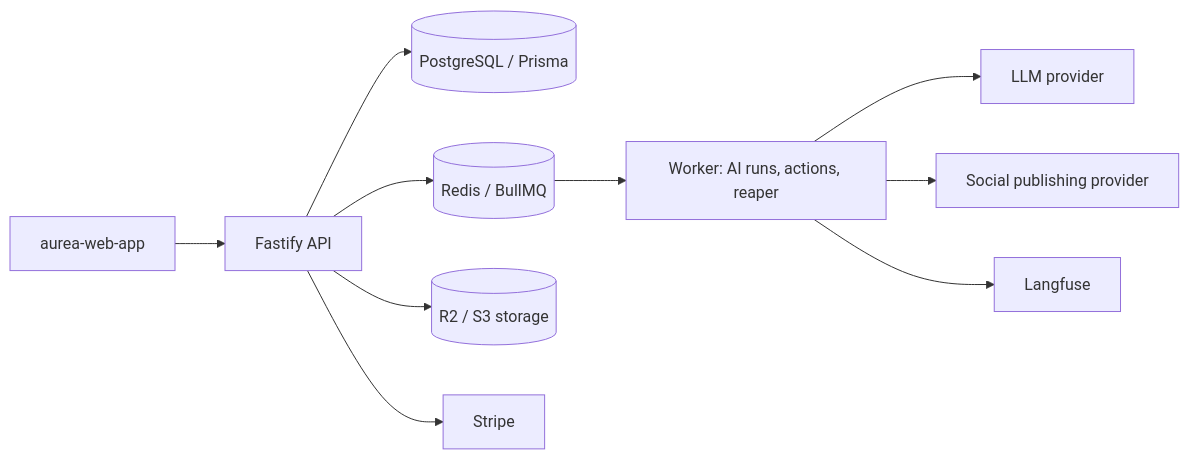
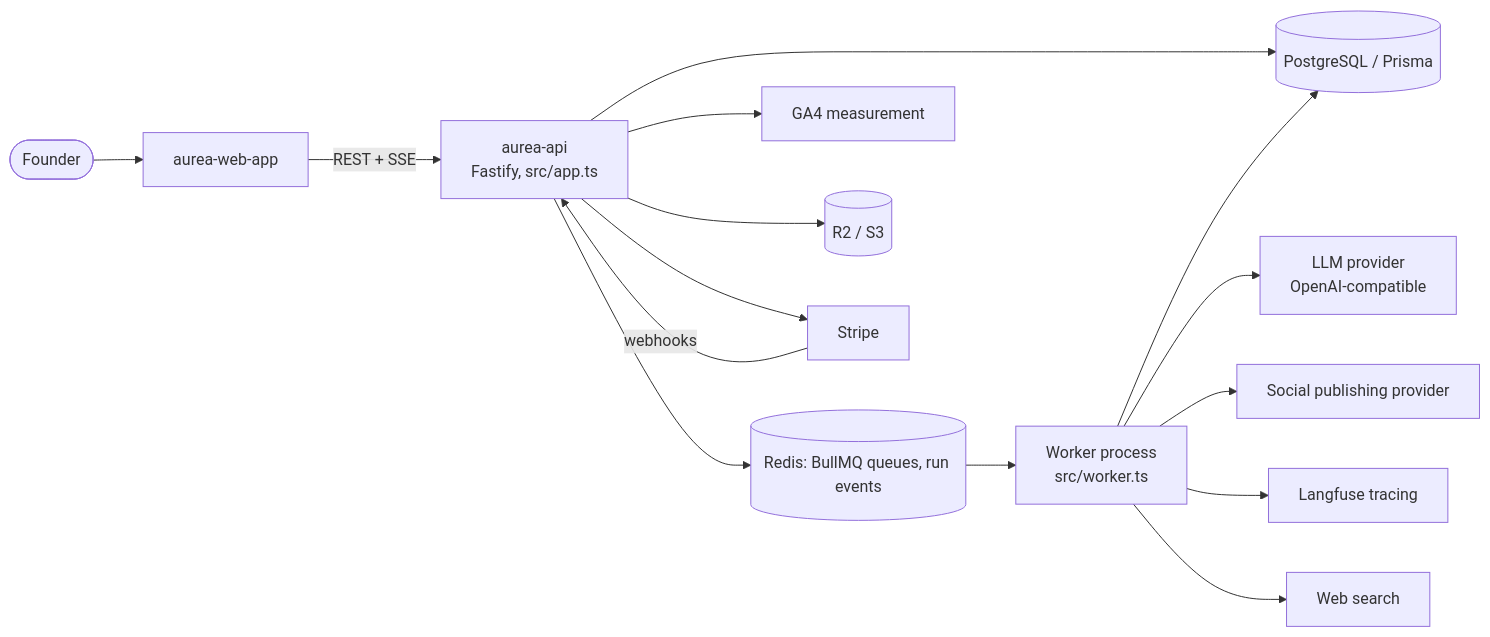
Before and after one commit to mkwitko/aurea-api: the first of 4 diagrams in README.md, drawn with Mermaid. The commit also changed other lines of this file, not shown here.

Commit message:
docs: add system context, layer, paid-run flow and data model diagrams to README

````diff
--- a/README.md
+++ b/README.md
@@ -18,12 +20,17 @@
 ```mermaid
 flowchart LR
-  Web[aurea-web-app] --> API[Fastify API]
+  Founder([Founder]) --> Web[aurea-web-app]
+  Web -->|REST + SSE| API[aurea-api<br/>Fastify, src/app.ts]
   API --> PG[(PostgreSQL / Prisma)]
-  API --> Q[(Redis / BullMQ)]
-  Q --> W[Worker: AI runs, actions, reaper]
-  W --> LLM[LLM provider]
-  W --> Social[Social publishing provider]
-  W --> LF[Langfuse]
-  API --> S3[(R2 / S3 storage)]
+  API --> Redis[(Redis: BullMQ queues, run events)]
+  Redis --> Worker[Worker process<br/>src/worker.ts]
+  Worker --> PG
+  Worker --> LLM[LLM provider<br/>OpenAI-compatible]
+  Worker --> Social[Social publishing provider]
+  Worker --> LF[Langfuse tracing]
+  Worker --> Search[Web search]
+  API --> GA4[GA4 measurement]
+  API --> S3[(R2 / S3)]
+  Stripe -->|webhooks| API
   API --> Stripe
 ```
````
